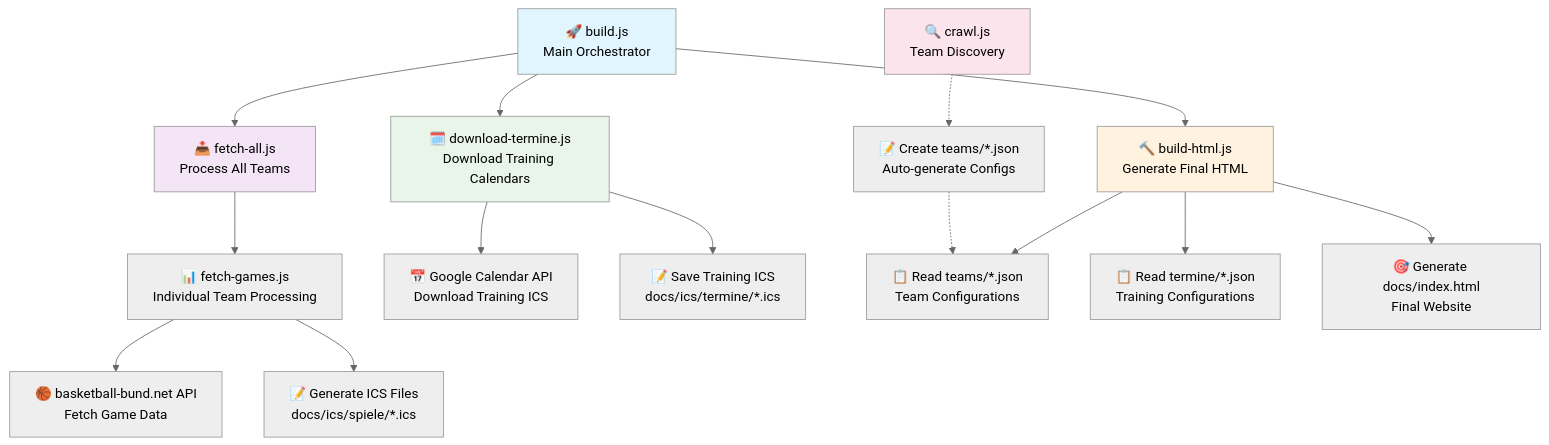
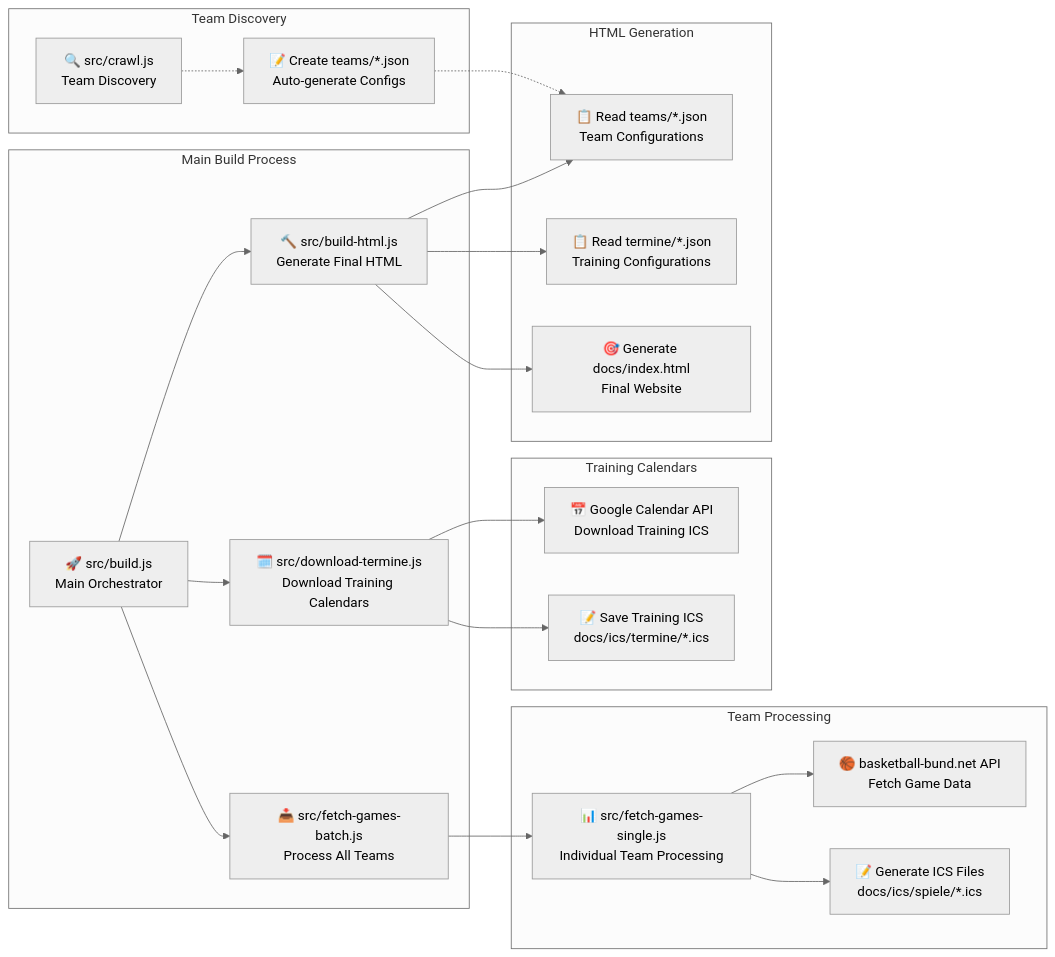
The second of 5 diagrams in README.md (pkcpkc/bc-lions-moabit), drawn with Mermaid (neutral theme) before and after one commit. The commit also changed other lines of this file and 75 other files, not shown here.

Commit message:
Crazy refactoring for better architecture and testability.

````diff
--- a/README.md
+++ b/README.md
@@ -19,26 +71,30 @@
 ```mermaid
-graph TD
-    A[🚀 build.js<br/>Main Orchestrator] --> B[📥 fetch-all.js<br/>Process All Teams]
-    A --> C[🗓️ download-termine.js<br/>Download Training Calendars]
-    A --> D[🔨 build-html.js<br/>Generate Final HTML]
-    
-    B --> E[📊 fetch-games.js<br/>Individual Team Processing]
-    E --> F[🏀 basketball-bund.net API<br/>Fetch Game Data]
-    E --> G[📝 Generate ICS Files<br/>docs/ics/spiele/*.ics]
-    
-    C --> H[📅 Google Calendar API<br/>Download Training ICS]
-    C --> I[📝 Save Training ICS<br/>docs/ics/termine/*.ics]
-    
-    D --> J[📋 Read teams/*.json<br/>Team Configurations]
-    D --> K[📋 Read termine/*.json<br/>Training Configurations]
-    D --> L[🎯 Generate docs/index.html<br/>Final Website]
-    
-    M[🔍 crawl.js<br/>Team Discovery] -.-> N[📝 Create teams/*.json<br/>Auto-generate Configs]
-    N -.-> J
-    
-    style A fill:#e1f5fe
-    style B fill:#f3e5f5
-    style C fill:#e8f5e8
-    style D fill:#fff3e0
-    style M fill:#fce4ec
+graph LR
+    subgraph "Main Build Process"
+        A[🚀 src/build.js<br/>Main Orchestrator] --> B[📥 src/fetch-games-batch.js<br/>Process All Teams]
+        A --> C[🗓️ src/download-termine.js<br/>Download Training Calendars]
+        A --> D[🔨 src/build-html.js<br/>Generate Final HTML]
+    end
+
+    subgraph "Team Processing"
+        B --> E[📊 src/fetch-games-single.js<br/>Individual Team Processing]
+        E --> F[🏀 basketball-bund.net API<br/>Fetch Game Data]
+        E --> G[📝 Generate ICS Files<br/>docs/ics/spiele/*.ics]
+    end
+
+    subgraph "Training Calendars"
+        C --> H[📅 Google Calendar API<br/>Download Training ICS]
+        C --> I[📝 Save Training ICS<br/>docs/ics/termine/*.ics]
+    end
+
+    subgraph "HTML Generation"
+        D --> J[📋 Read teams/*.json<br/>Team Configurations]
+        D --> K[📋 Read termine/*.json<br/>Training Configurations]
+        D --> L[🎯 Generate docs/index.html<br/>Final Website]
+    end
+
+    subgraph "Team Discovery"
+        M[🔍 src/crawl.js<br/>Team Discovery] -.-> N[📝 Create teams/*.json<br/>Auto-generate Configs]
+        N -.-> J
+    end
 ```
````
